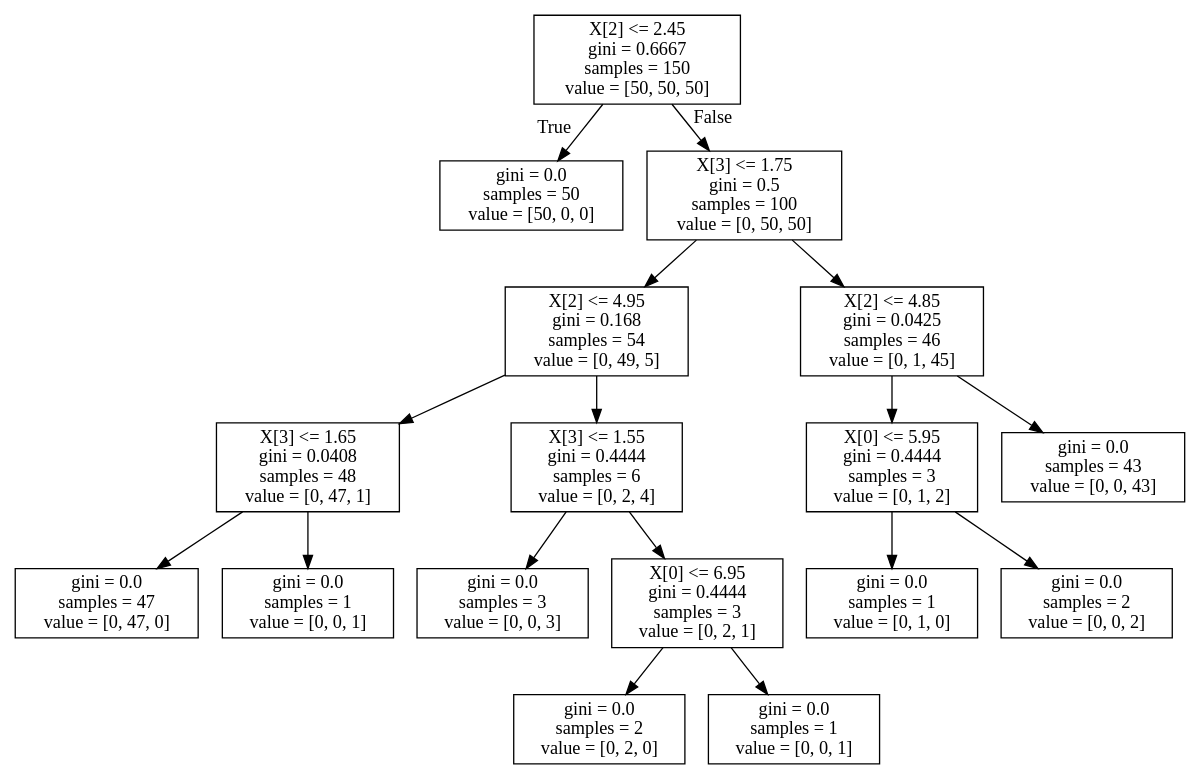
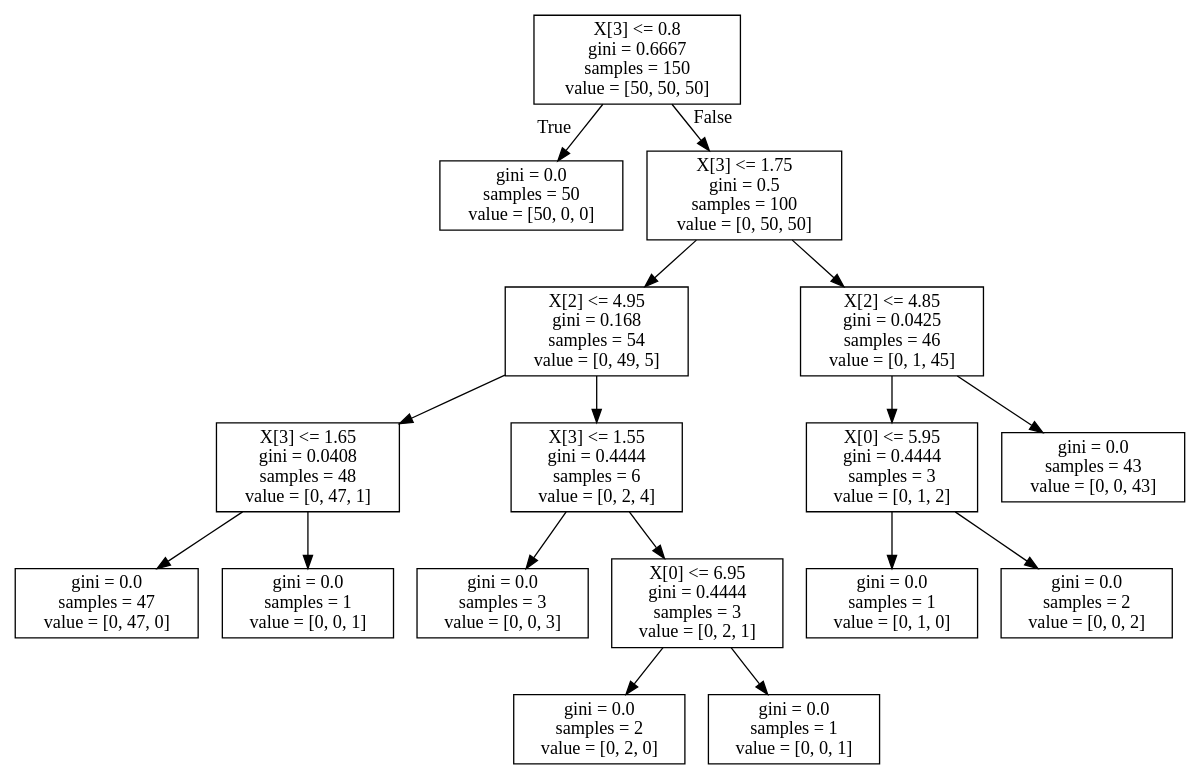
The diagram in Project2/output.dot (mibzman/AIClass), drawn with Graphviz before and after one commit.

Commit message:
dfjagjhsd

```diff
--- a/Project2/output.dot
+++ b/Project2/output.dot
@@ -1,36 +1,36 @@
 digraph Tree {
 node [shape=box] ;
-0 [label="X[2] <= 2.45\ngini = 0.6667\nsamples = 150\nvalue = [50, 50, 50]"] ;
+0 [label="X[3] <= 0.8\ngini = 0.6667\nsamples = 150\nvalue = [50, 50, 50]"] ;
 1 [label="gini = 0.0\nsamples = 50\nvalue = [50, 0, 0]"] ;
 0 -> 1 [labeldistance=2.5, labelangle=45, headlabel="True"] ;
 2 [label="X[3] <= 1.75\ngini = 0.5\nsamples = 100\nvalue = [0, 50, 50]"] ;
 0 -> 2 [labeldistance=2.5, labelangle=-45, headlabel="False"] ;
 3 [label="X[2] <= 4.95\ngini = 0.168\nsamples = 54\nvalue = [0, 49, 5]"] ;
 2 -> 3 ;
 4 [label="X[3] <= 1.65\ngini = 0.0408\nsamples = 48\nvalue = [0, 47, 1]"] ;
 3 -> 4 ;
 5 [label="gini = 0.0\nsamples = 47\nvalue = [0, 47, 0]"] ;
 4 -> 5 ;
 6 [label="gini = 0.0\nsamples = 1\nvalue = [0, 0, 1]"] ;
 4 -> 6 ;
 7 [label="X[3] <= 1.55\ngini = 0.4444\nsamples = 6\nvalue = [0, 2, 4]"] ;
 3 -> 7 ;
 8 [label="gini = 0.0\nsamples = 3\nvalue = [0, 0, 3]"] ;
 7 -> 8 ;
 9 [label="X[0] <= 6.95\ngini = 0.4444\nsamples = 3\nvalue = [0, 2, 1]"] ;
 7 -> 9 ;
 10 [label="gini = 0.0\nsamples = 2\nvalue = [0, 2, 0]"] ;
 9 -> 10 ;
 11 [label="gini = 0.0\nsamples = 1\nvalue = [0, 0, 1]"] ;
 9 -> 11 ;
 12 [label="X[2] <= 4.85\ngini = 0.0425\nsamples = 46\nvalue = [0, 1, 45]"] ;
 2 -> 12 ;
 13 [label="X[0] <= 5.95\ngini = 0.4444\nsamples = 3\nvalue = [0, 1, 2]"] ;
 12 -> 13 ;
 14 [label="gini = 0.0\nsamples = 1\nvalue = [0, 1, 0]"] ;
 13 -> 14 ;
 15 [label="gini = 0.0\nsamples = 2\nvalue = [0, 0, 2]"] ;
 13 -> 15 ;
 16 [label="gini = 0.0\nsamples = 43\nvalue = [0, 0, 43]"] ;
 12 -> 16 ;
 }
```
